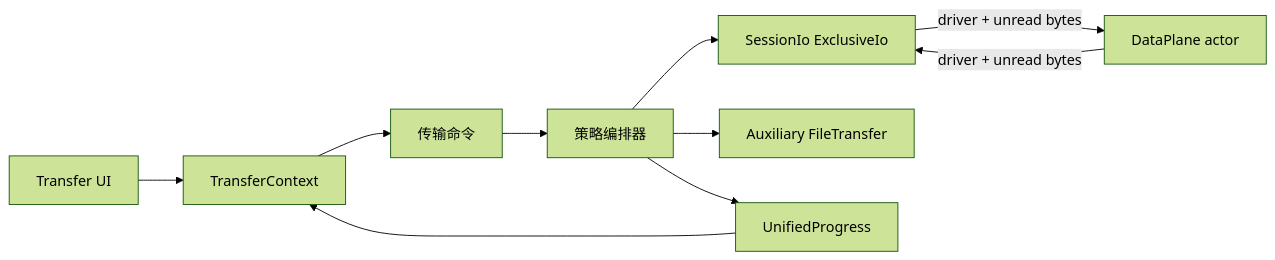
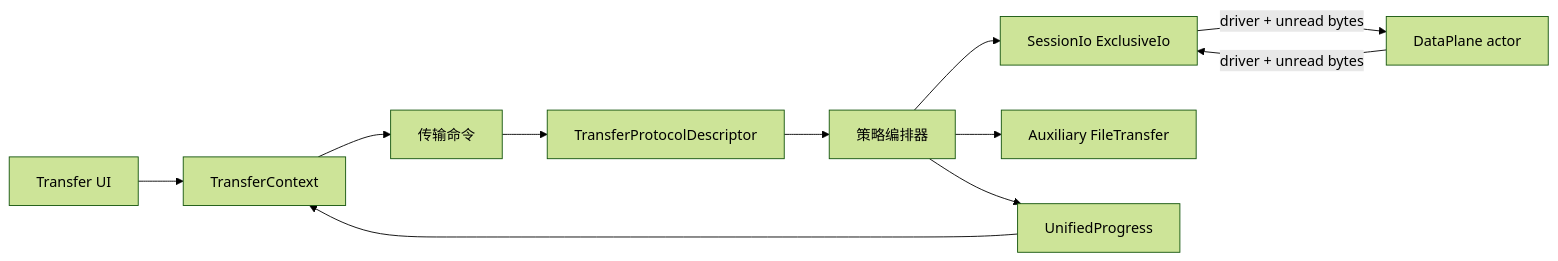
One commit to hamburger-os/TauTerm changed the diagram in docs/modules/TRANSFER.md. Above: the diagram before and after it, drawn with Mermaid (forest theme). The commit also changed other lines of this file, not shown here.

Commit message:
docs(transfer): document capability registry and unified cancellation

````diff
--- a/docs/modules/TRANSFER.md
+++ b/docs/modules/TRANSFER.md
@@ -31,12 +33,13 @@
 ```mermaid
 flowchart LR
   UI["Transfer UI"] --> Context["TransferContext"]
   Context --> Command["传输命令"]
-  Command --> Orchestrator["策略编排器"]
+  Command --> Descriptor["TransferProtocolDescriptor"]
+  Descriptor --> Orchestrator["策略编排器"]
   Orchestrator --> Inline["SessionIo ExclusiveIo"]
   Orchestrator --> Side["Auxiliary FileTransfer"]
   Orchestrator --> Progress["UnifiedProgress"]
   DP["DataPlane actor"] -- "driver + unread bytes" --> Inline
   Inline -- "driver + unread bytes" --> DP
   Progress --> Context
 ```
````
